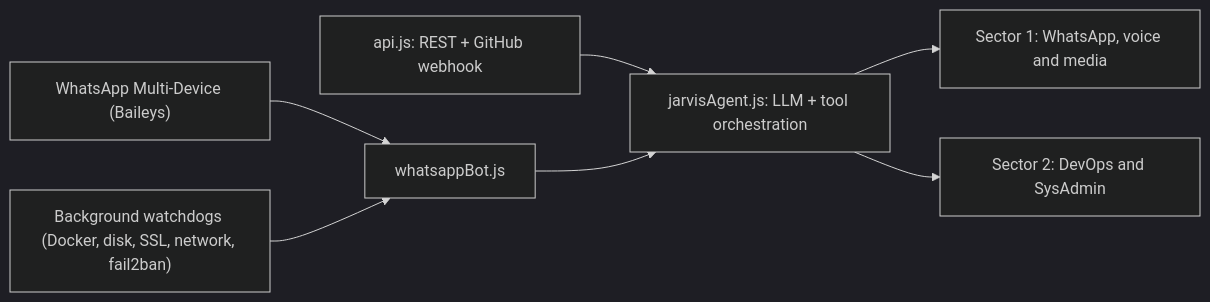
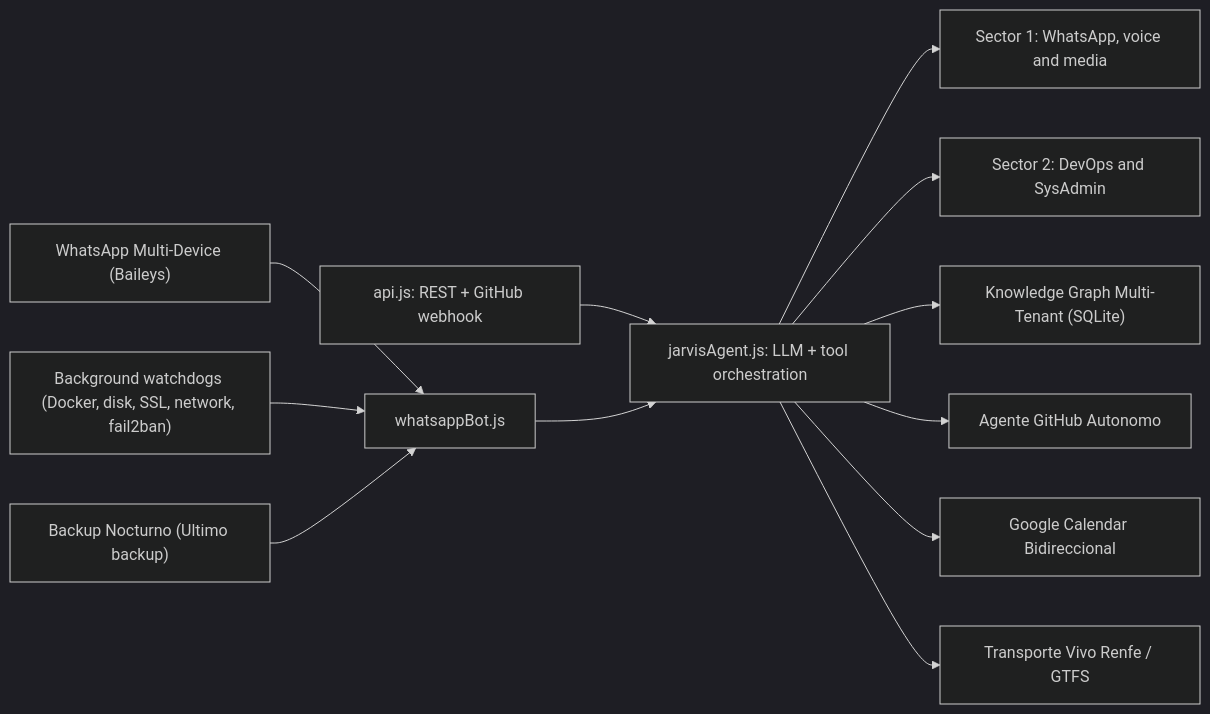
The diagram in README.md (DCastellanos4/F.R.I.D.A.Y-bot), drawn with Mermaid (dark theme) before and after one commit. The commit also changed other lines of this file and 27 other files, not shown here.

Commit message:
feat: google calendar bidireccional, viajes renfe, github autonomo, knowledge graph sqlite multitenant, fallback llama3.3 y backup nocturno

````diff
--- a/README.md
+++ b/README.md
@@ -25,9 +25,14 @@
 ```mermaid
 flowchart LR
     WA["WhatsApp Multi-Device (Baileys)"] --> Bot["whatsappBot.js"]
     API["api.js: REST + GitHub webhook"] --> Agent
     Bot --> Agent["jarvisAgent.js: LLM + tool orchestration"]
     Agent --> S1["Sector 1: WhatsApp, voice and media"]
     Agent --> S2["Sector 2: DevOps and SysAdmin"]
+    Agent --> KG["Knowledge Graph Multi-Tenant (SQLite)"]
+    Agent --> GH["Agente GitHub Autonomo"]
+    Agent --> Cal["Google Calendar Bidireccional"]
+    Agent --> Viajes["Transporte Vivo Renfe / GTFS"]
     Mon["Background watchdogs (Docker, disk, SSL, network, fail2ban)"] --> Bot
+    Bkp["Backup Nocturno (Ultimo backup)"] --> Bot
 ```
````
